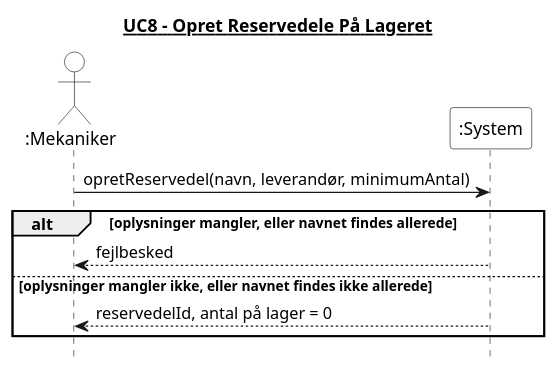
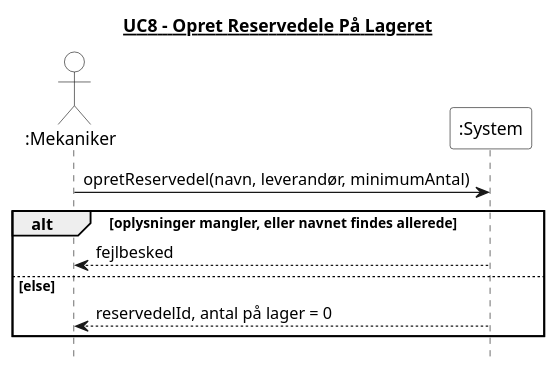
One commit to Zoabz/Getting-Real changed the diagram in 4. System Sekvens Diagram/UC8_opret_reservedele.puml. Above: the diagram before and after it, drawn with PlantUML. The commit also changed 7 other files, not shown here.

```diff
--- a/4. System Sekvens Diagram/UC8_opret_reservedele.puml
+++ b/4. System Sekvens Diagram/UC8_opret_reservedele.puml
@@ -1,25 +1,25 @@
 @startuml
 title <u>UC8 - Opret Reservedele På Lageret</u>
 hide footbox
 skinparam monochrome true
 skinparam shadowing false
 skinparam backgroundColor white
 skinparam actor {
   BackgroundColor white
 }
 skinparam participant {
   BackgroundColor white
 }
 
 actor ":Mekaniker"
 participant ":System" as System
 
 ":Mekaniker" -> System : opretReservedel(navn, leverandør, minimumAntal)
 
 alt oplysninger mangler, eller navnet findes allerede
   System --> ":Mekaniker" : fejlbesked
-else oplysninger mangler ikke, eller navnet findes ikke allerede
+else else
   System --> ":Mekaniker" : reservedelId, antal på lager = 0
 end
 
 @enduml
```
